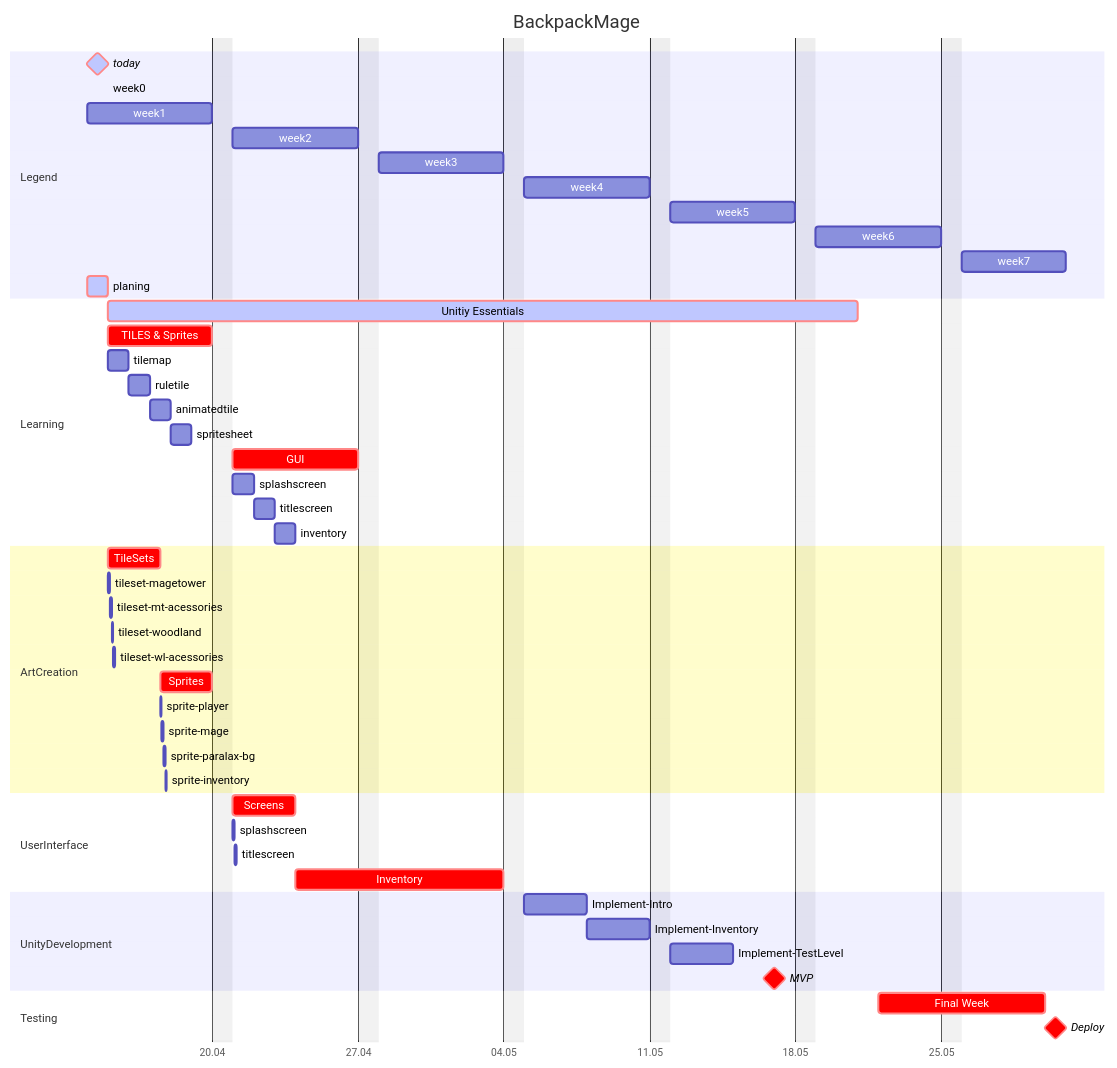
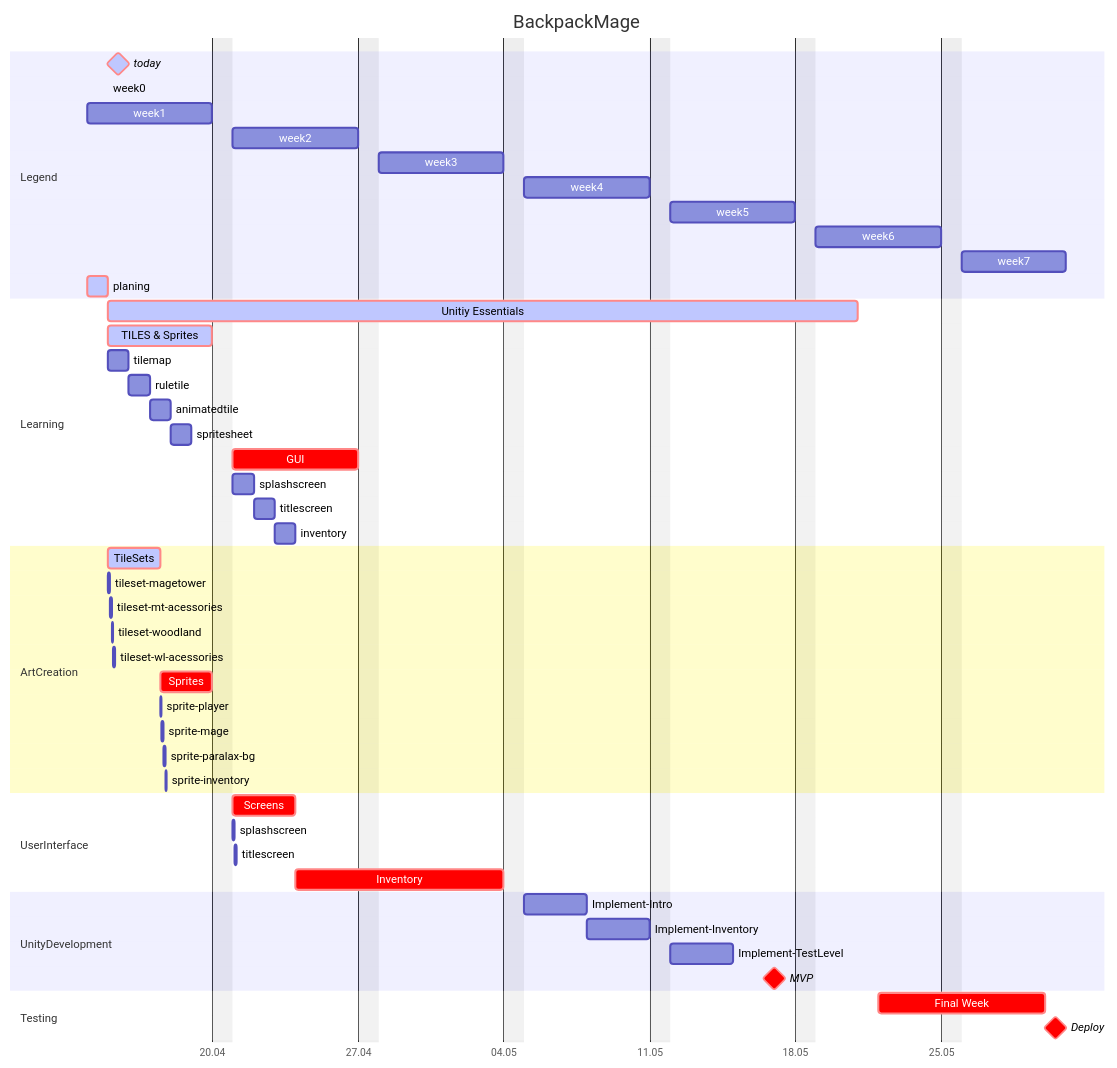
One commit to IxI-Enki/backpackmage changed the diagram in README.md. Above: the diagram before and after it, drawn with Mermaid.

````diff
--- a/README.md
+++ b/README.md
@@ -12,83 +12,83 @@
 ```mermaid
 gantt
     %%   T I T L E
     title BackpackMage
 
     dateFormat DD-MM-YYYY
     excludes sunday
 
     axisFormat %d.%m
 
     section Legend
-        today : milestone, crit, active, t0, 14-04-2025, 24h
+        today : milestone, crit, active, t0, 15-04-2025, 24h
         week0 : w0, 15-04-2025, 1m
         week1 : w1, 14-04-2025, 6d
         week2 : w2, 21-04-2025, 6d
         week3 : w3, 28-04-2025, 6d
         week4 : w4, 05-05-2025, 6d
         week5 : w5, 12-05-2025, 6d
         week6 : w6, 19-05-2025, 6d
         week7 : w7, 26-05-2025, 5d
 
         planing               : active , crit , plan , 14-04-2025 , 1d
     section Learning
         Unitiy Essentials     : active , crit ,  U , after w0 , 31d
 
-        TILES & Sprites       :          crit ,  t , after w0 ,  5d
+        TILES & Sprites       : active , crit ,  t , after w0 ,  5d
         tilemap               :                 tm , after w0 ,  1d
 
         ruletile              :                 tr , after tm   ,  1d
         animatedtile          :                 ta , after tr   ,  1d
         spritesheet           :                  s , after ta   ,  1d
 
 
         GUI                   :          crit ,  g , after w1 ,  6d
         splashscreen          :                  s , after w1 ,  1d
         titlescreen           :                 ts , after s    ,  1d
 
         inventory             :                   i, after ts   ,  1d
 
 
 
     section ArtCreation
 
         %%   T I L E S E T S
-        TileSets              :          crit , tis , after w0 , 60h
+        TileSets              : active , crit , tis , after w0 , 60h
         tileset-magetower     :                 tsm , after w0 , 2h
         tileset-mt-acessories :                tsma , after tsm  , 2h
         tileset-woodland      :                 tsw , after tsma , 2h
         tileset-wl-acessories :                tswa , after tsw  , 2h
 
         %%   S P R I T E S
         Sprites               :          crit , spr , after tis   , 60h
         sprite-player         :                 spp , after tis   , 2h
         sprite-mage           :                 spm , after spp   , 2h
         sprite-paralax-bg     :                spgb , after spm   , 2h
         sprite-inventory      :                spin , after spgb  , 2h
 
     section UserInterface
         Screens               :          crit , scr , after w1    , 3d
         splashscreen          :                spls , after w1    , 2h
         titlescreen           :                tits , after spls  , 2h
 
         Inventory             :          crit , inv , after scr   , 9d
 
     section UnityDevelopment
         Implement-Intro       :               intro , after inv , 3d
 
         Implement-Inventory   :               invent , after intro , 3d
 
         Implement-TestLevel   :               test , after invent , 3d
 
     %%   M I N I M A L   V I A B L E   P R O J E C T
     %%
     MVP                       : milestone , crit , 18-05-2025
 
     section Testing
         Final Week            :          crit , fiw , 22-05-2025 , 7d
 
     %%   D E P L O Y M E N T
     %%
     Deploy                    : milestone , crit , 31-05-2025
 
 ```
````
